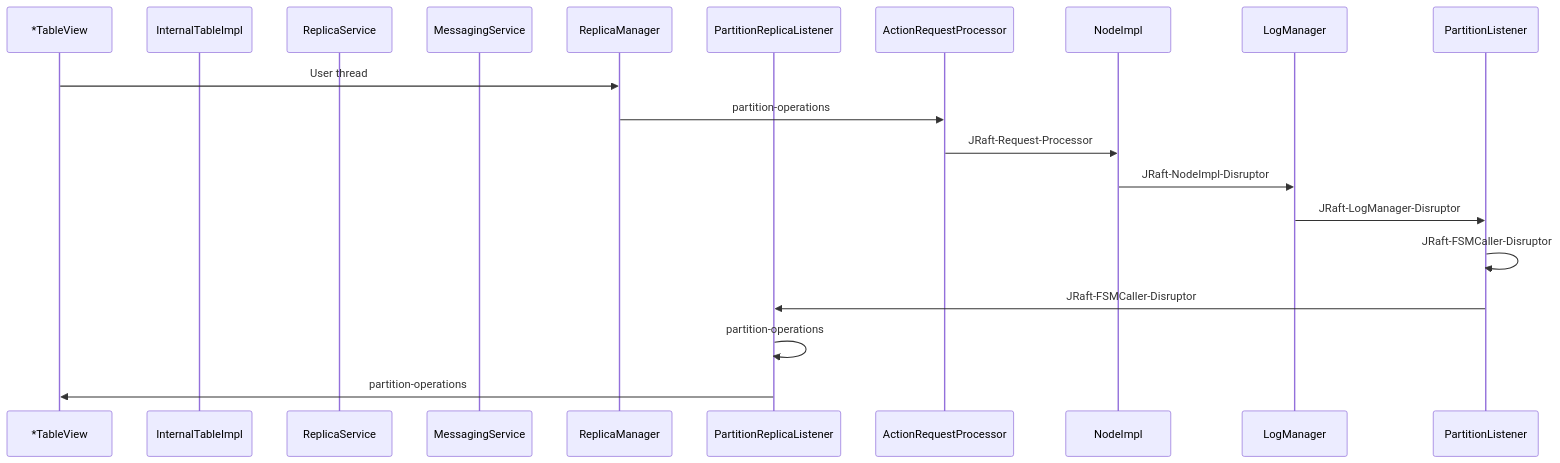
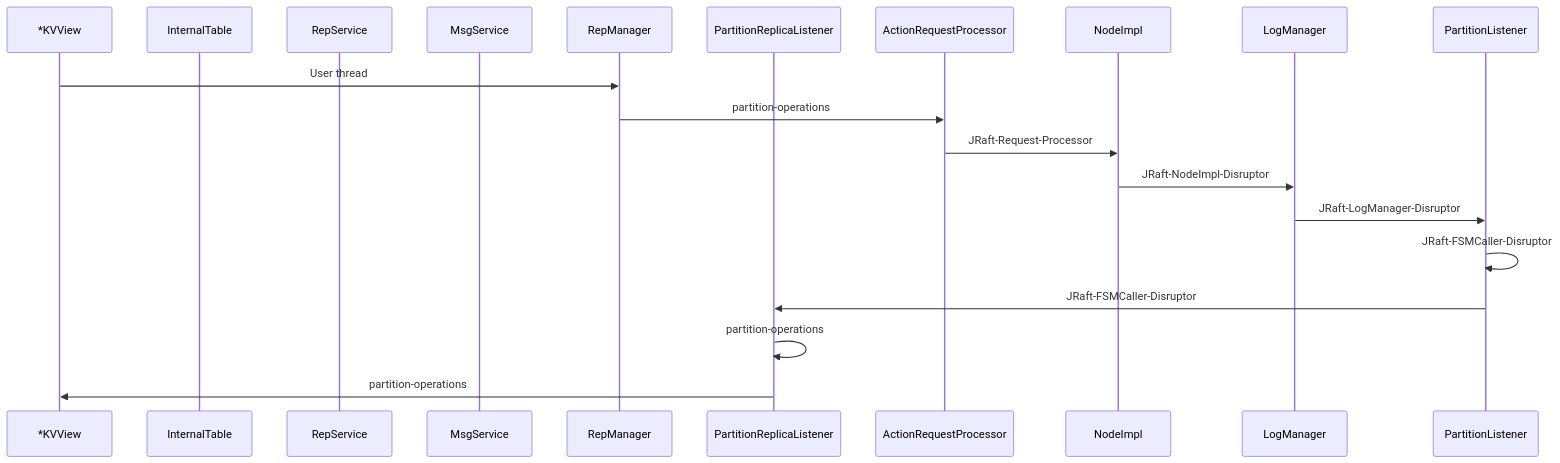
The second of 2 diagrams in ignite3-threads.md (rpuch/mermaid-playground), drawn with Mermaid before and after one commit. The commit also changed other lines of this file, not shown here.

````diff
--- a/ignite3-threads.md
+++ b/ignite3-threads.md
@@ -24,19 +24,19 @@
 ```mermaid
 sequenceDiagram
-participant View as *TableView
-participant InternalTableImpl
-participant ReplicaService
-participant MessagingService
-participant ReplicaManager
+participant View as *KVView
+participant InternalTable
+participant RepService
+participant MsgService
+participant RepManager
 participant PRL as PartitionReplicaListener
 
-View ->> ReplicaManager: User thread
-ReplicaManager ->> ActionRequestProcessor: partition-operations
+View ->> RepManager: User thread
+RepManager ->> ActionRequestProcessor: partition-operations
 ActionRequestProcessor ->> NodeImpl: JRaft-Request-Processor
 NodeImpl ->> LogManager: JRaft-NodeImpl-Disruptor
 LogManager ->> PartitionListener: JRaft-LogManager-Disruptor
 PartitionListener ->> PartitionListener: JRaft-FSMCaller-Disruptor
 PartitionListener ->> PRL: JRaft-FSMCaller-Disruptor
 PRL ->> PRL: partition-operations
 PRL ->> View: partition-operations
 ```
````
